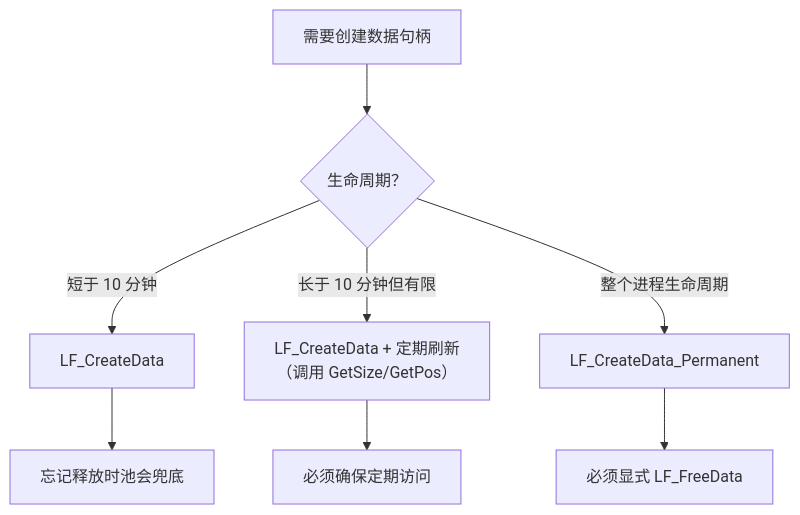
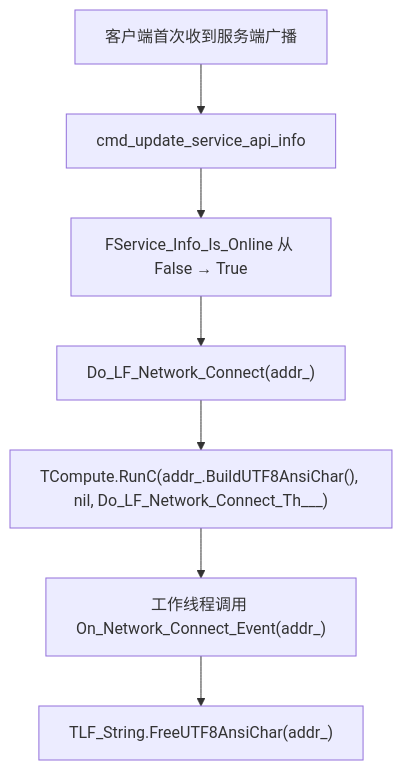
Before and after one commit to PassByYou888/LingoFuse: the eighth of 14 diagrams in pascal/LingoFuse_Pascal_Complete_Guide.md, drawn with Mermaid. The commit also changed other lines of this file and 78 other files, not shown here.

````diff
--- a/pascal/LingoFuse_Pascal_Complete_Guide.md
+++ b/pascal/LingoFuse_Pascal_Complete_Guide.md
@@ -1211,10 +1941,9 @@
-  ```mermaid
-  flowchart TD
-      A["需要创建数据句柄"] --> B{"生命周期？"}
-      B -- "短于 10 分钟" --> C["LF_CreateData"]
-      B -- "长于 10 分钟但有限" --> D["LF_CreateData + 定期刷新<br/>（调用 GetSize/GetPos）"]
-      B -- "整个进程生命周期" --> E["LF_CreateData_Permanent"]
-      C --> F["忘记释放时池会兜底"]
-      D --> G["必须确保定期访问"]
-      E --> H["必须显式 LF_FreeData"]
-  ```
+```mermaid
+flowchart TD
+    A["客户端首次收到服务端广播"] --> B["cmd_update_service_api_info"]
+    B --> C["FService_Info_Is_Online 从 False → True"]
+    C --> D["Do_LF_Network_Connect(addr_)"]
+    D --> E["TCompute.RunC(addr_.BuildUTF8AnsiChar(), nil, Do_LF_Network_Connect_Th___)"]
+    E --> F["工作线程调用 On_Network_Connect_Event(addr_)"]
+    F --> G["TLF_String.FreeUTF8AnsiChar(addr_)"]
+```
````
